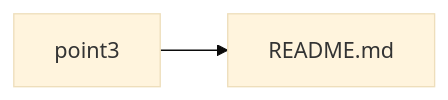
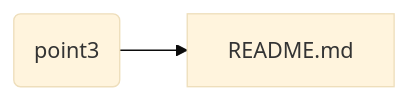
The fourth of 5 diagrams in README.md (smokyisthatyou/STM32Nucleo64), drawn with Mermaid before and after one commit. The commit also changed other lines of this file, not shown here.

````diff
--- a/README.md
+++ b/README.md
@@ -70,6 +80,7 @@
 ```mermaid
 %%{init: {'theme':'base'}}%%
 graph LR;
-point3-->README.md;
+p3(point3)
+p3-->README.md;
 
 ```
````
